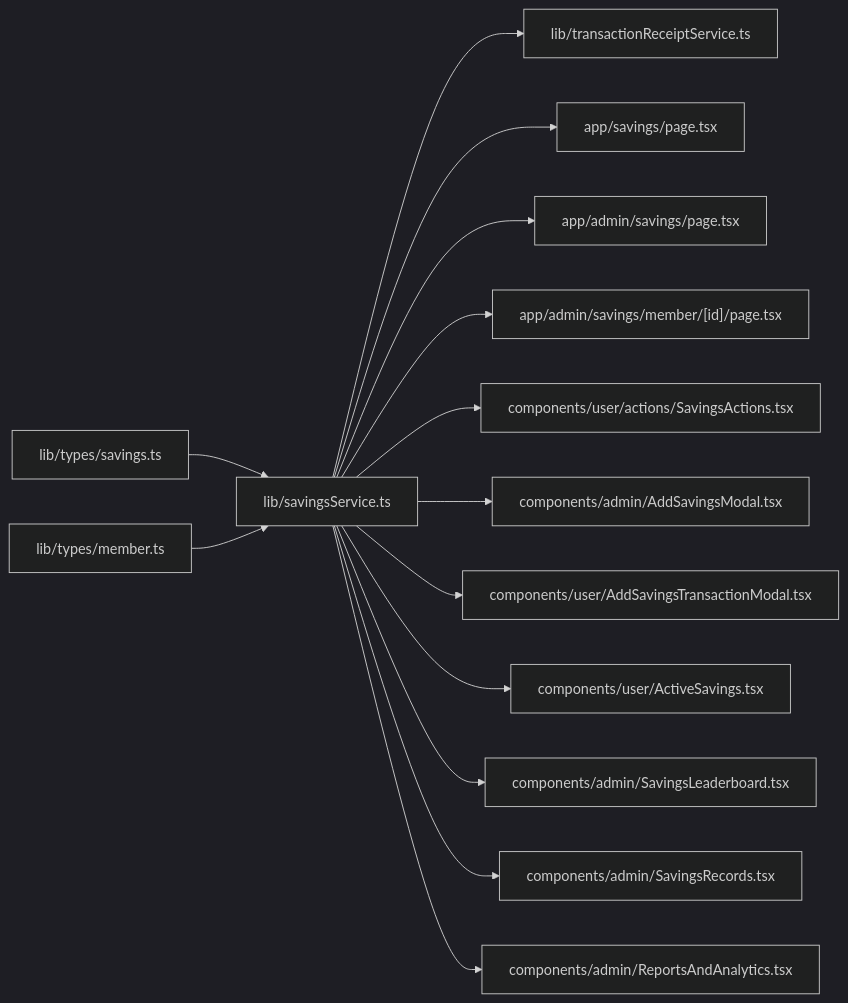
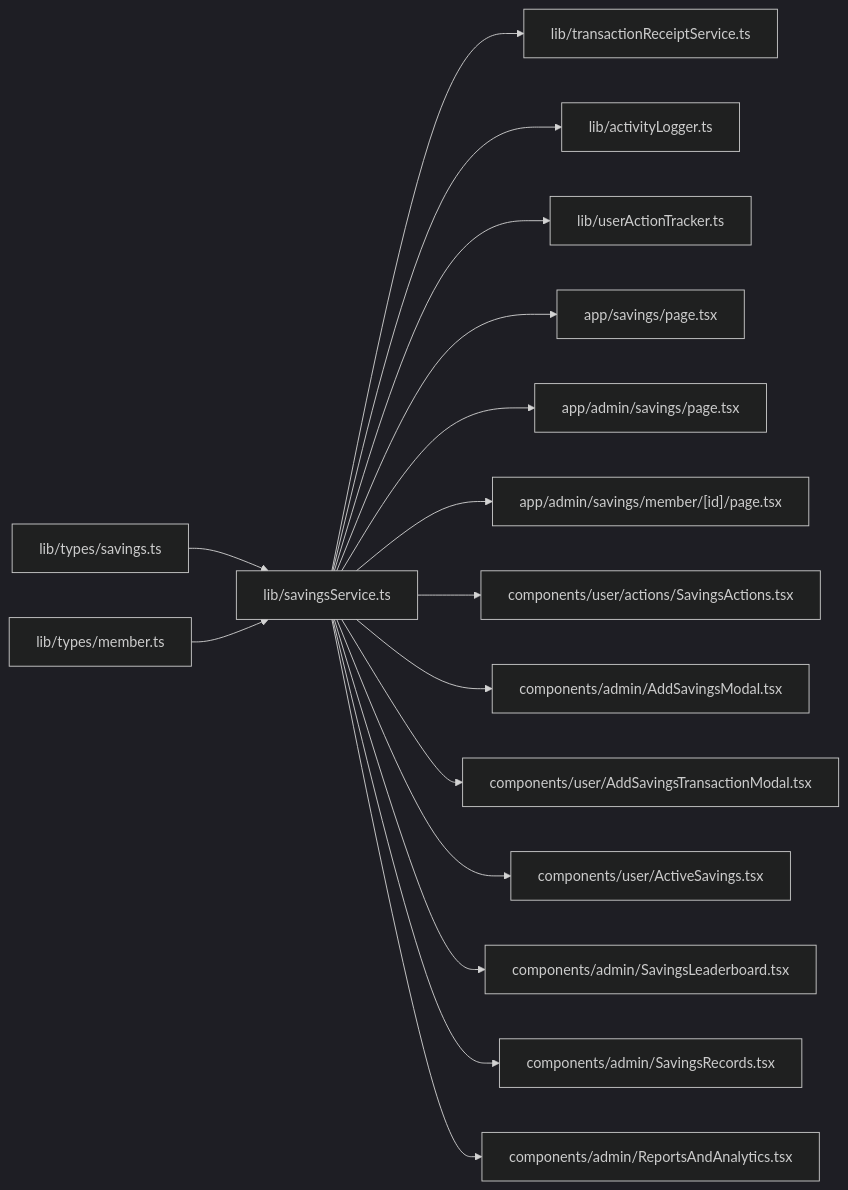
One commit to Unsure-bry/sampacoop_system changed diagram 20 of 20 in .qoder/repowiki/en/content/Savings Management System/Savings Management System.md. Above: the diagram before and after it, drawn with Mermaid (dark theme). The commit also changed other lines of this file and 24 other files, not shown here.

````diff
--- a/.qoder/repowiki/en/content/Savings Management System/Savings Management System.md
+++ b/.qoder/repowiki/en/content/Savings Management System/Savings Management System.md
@@ -615,16 +792,18 @@
 ```mermaid
 graph LR
 TS["lib/types/savings.ts"] --> SS["lib/savingsService.ts"]
 TM["lib/types/member.ts"] --> SS
 SS --> TRS["lib/transactionReceiptService.ts"]
+SS --> AL["lib/activityLogger.ts"]
+SS --> UAT["lib/userActionTracker.ts"]
 SS --> UP["app/savings/page.tsx"]
 SS --> ADP["app/admin/savings/page.tsx"]
 SS --> MD["app/admin/savings/member/[id]/page.tsx"]
 SS --> UA["components/user/actions/SavingsActions.tsx"]
 SS --> AM["components/admin/AddSavingsModal.tsx"]
 SS --> AT["components/user/AddSavingsTransactionModal.tsx"]
 SS --> AS["components/user/ActiveSavings.tsx"]
 SS --> LB["components/admin/SavingsLeaderboard.tsx"]
 SS --> SR["components/admin/SavingsRecords.tsx"]
 SS --> RA["components/admin/ReportsAndAnalytics.tsx"]
 ```
````
